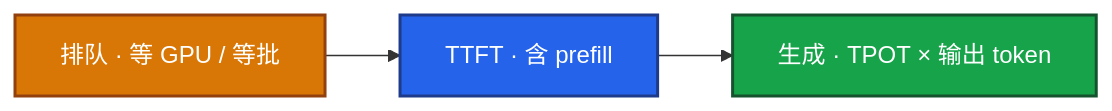
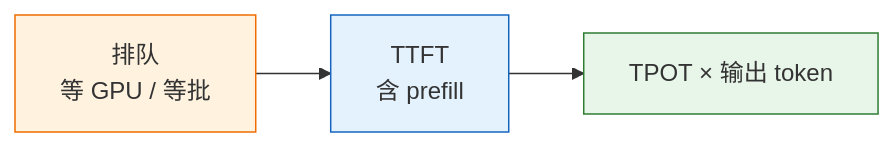
One commit to ml-cuizijun/LearnToLilith changed the third of 6 diagrams in 09-AI与智能运维/08-GPU与推理服务运维/知识点.md. Above: the diagram before and after it, drawn with Mermaid. The commit also changed other lines of this file and 213 other files, not shown here.

````diff
--- a/09-AI与智能运维/08-GPU与推理服务运维/知识点.md
+++ b/09-AI与智能运维/08-GPU与推理服务运维/知识点.md
@@ -221,12 +137,12 @@
 ```mermaid
 flowchart LR
-    Q[排队 · 等 GPU / 等批] --> T[TTFT · 含 prefill]
-    T --> G[生成 · TPOT × 输出 token]
+    classDef q fill:#fff3e0,stroke:#ef6c00
+    classDef t fill:#e3f2fd,stroke:#1565c0
+    classDef g fill:#e8f5e9,stroke:#2e7d32
 
-    classDef a fill:#D97706,stroke:#92400E,stroke-width:2px,color:#fff
-    classDef b fill:#2563EB,stroke:#1E3A8A,stroke-width:2px,color:#fff
-    classDef c fill:#16A34A,stroke:#14532D,stroke-width:2px,color:#fff
-    class Q a
-    class T b
-    class G c
+    Q["排队<br/>等 GPU / 等批"]:::q
+    T["TTFT<br/>含 prefill"]:::t
+    P["TPOT × 输出 token"]:::g
+
+    Q --> T --> P
 ```
````
